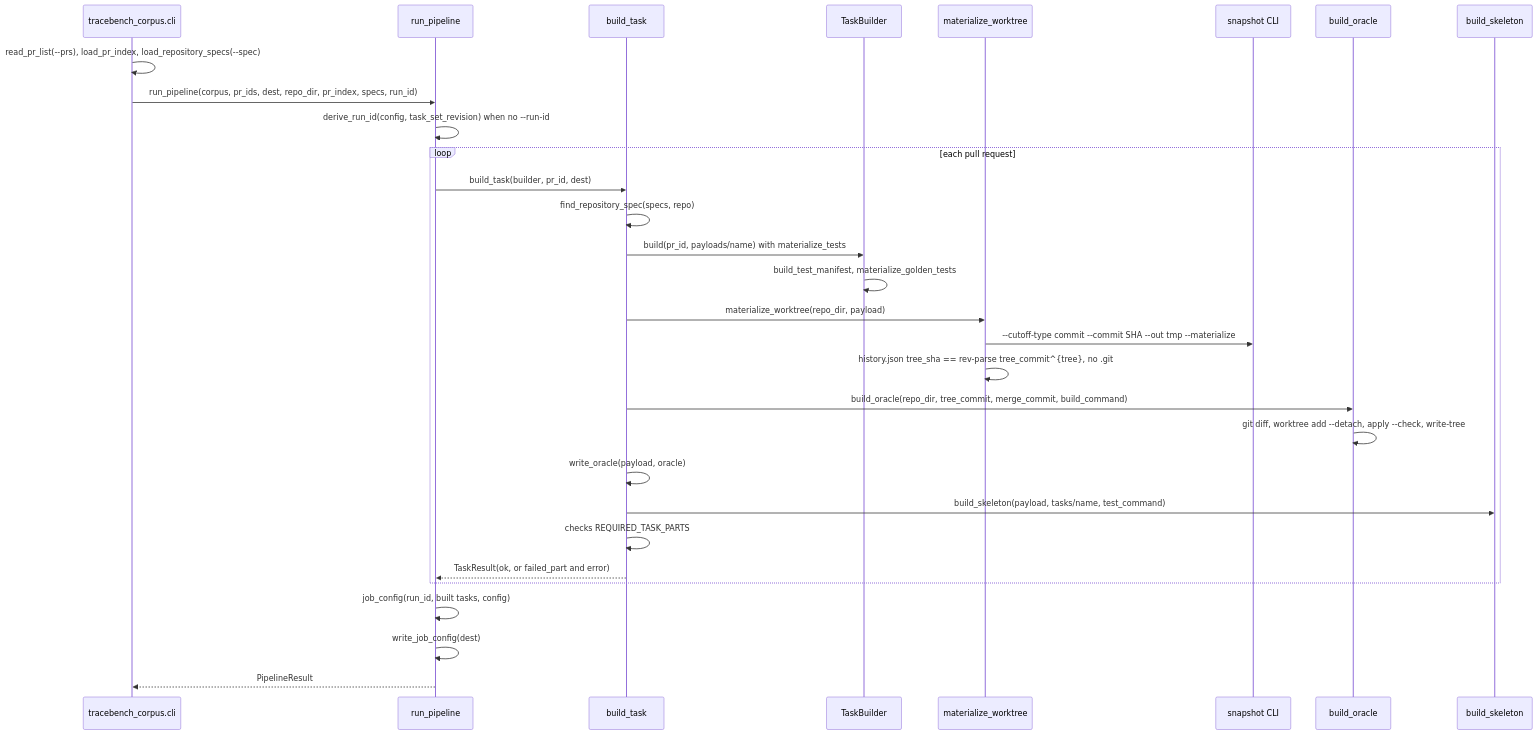
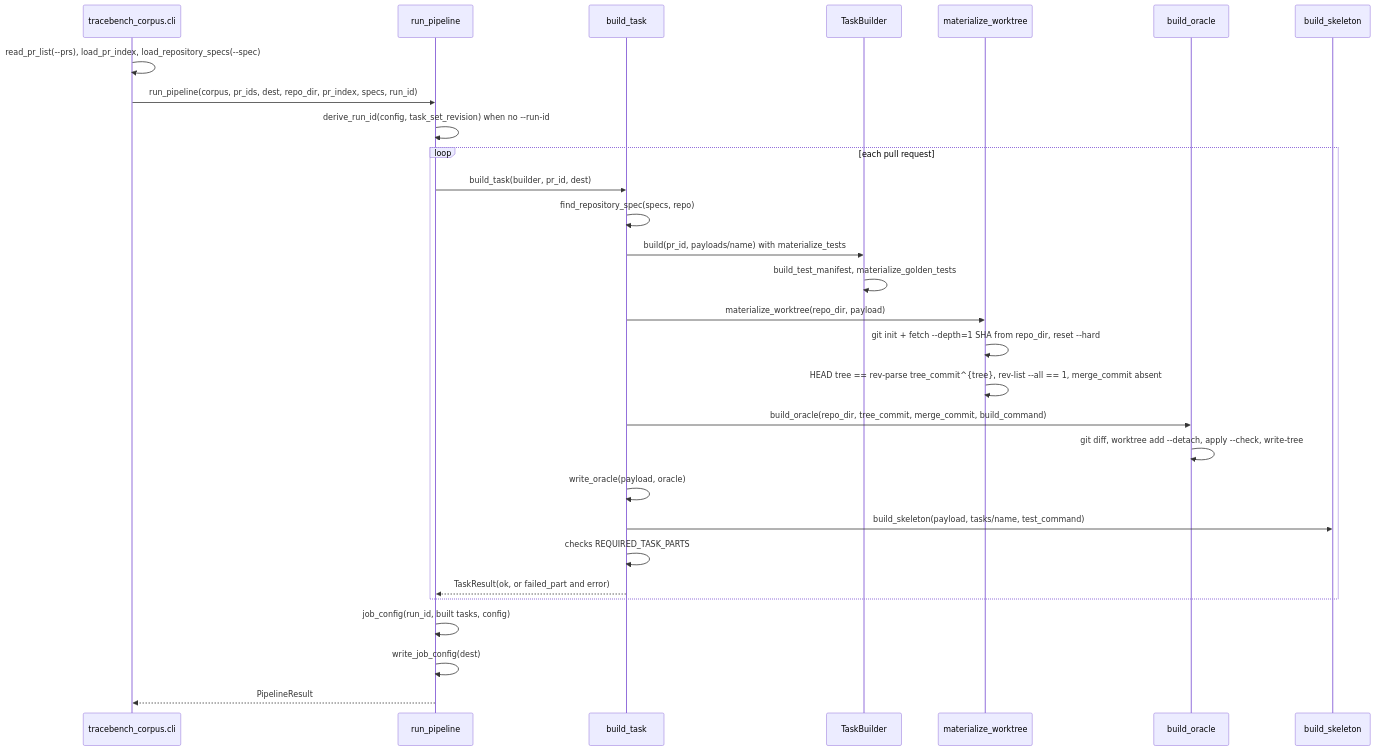
Diagram 13 of 15 in docs/architecture.md (dayvidpham/TraceBench), drawn with Mermaid before and after one commit. The commit also changed other lines of this file and 4 other files, not shown here.

````diff
--- a/docs/architecture.md
+++ b/docs/architecture.md
@@ -780,32 +777,31 @@
 ```mermaid
 sequenceDiagram
   participant cli as tracebench_corpus.cli
   participant pl as run_pipeline
   participant bt as build_task
   participant tb as TaskBuilder
   participant wt as materialize_worktree
-  participant snap as snapshot CLI
   participant orc as build_oracle
   participant sk as build_skeleton
   cli->>cli: read_pr_list(--prs), load_pr_index, load_repository_specs(--spec)
   cli->>pl: run_pipeline(corpus, pr_ids, dest, repo_dir, pr_index, specs, run_id)
   pl->>pl: derive_run_id(config, task_set_revision) when no --run-id
   loop each pull request
     pl->>bt: build_task(builder, pr_id, dest)
     bt->>bt: find_repository_spec(specs, repo)
     bt->>tb: build(pr_id, payloads/name) with materialize_tests
     tb->>tb: build_test_manifest, materialize_golden_tests
     bt->>wt: materialize_worktree(repo_dir, payload)
-    wt->>snap: --cutoff-type commit --commit SHA --out tmp --materialize
-    wt->>wt: history.json tree_sha == rev-parse tree_commit^{tree}, no .git
+    wt->>wt: git init + fetch --depth=1 SHA from repo_dir, reset --hard
+    wt->>wt: HEAD tree == rev-parse tree_commit^{tree}, rev-list --all == 1, merge_commit absent
     bt->>orc: build_oracle(repo_dir, tree_commit, merge_commit, build_command)
     orc->>orc: git diff, worktree add --detach, apply --check, write-tree
     bt->>bt: write_oracle(payload, oracle)
     bt->>sk: build_skeleton(payload, tasks/name, test_command)
     bt->>bt: checks REQUIRED_TASK_PARTS
     bt-->>pl: TaskResult(ok, or failed_part and error)
   end
   pl->>pl: job_config(run_id, built tasks, config)
   pl->>pl: write_job_config(dest)
   pl-->>cli: PipelineResult
 ```
````
